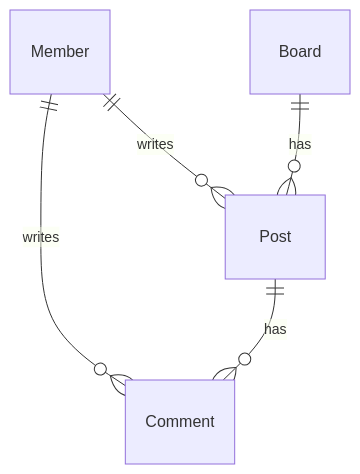
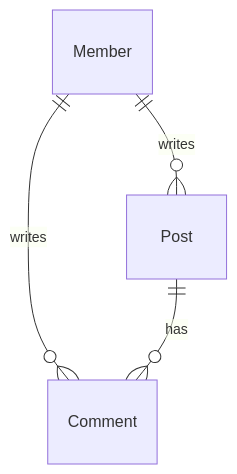
Before and after one commit to StrongYJ/simple-board-project-backend: the diagram in README.md, drawn with Mermaid. The commit also changed 39 other files, not shown here.

````diff
--- a/README.md
+++ b/README.md
@@ -39,8 +39,7 @@
 ```mermaid
 erDiagram
     Member ||--o{ Post : writes
     Member ||--o{ Comment : writes
-    Board ||--o{ Post : has
     Post ||--o{ Comment : has
     
 ```
````
